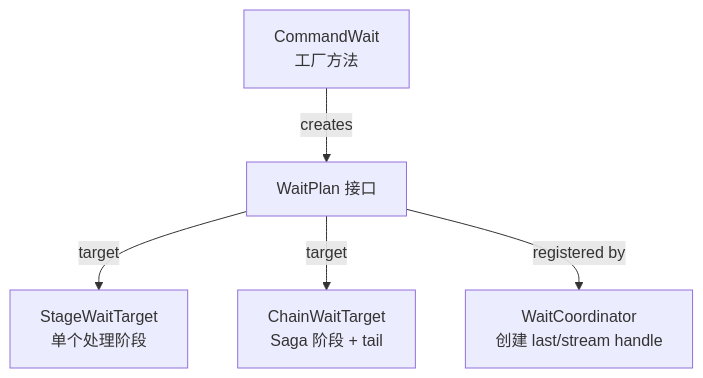
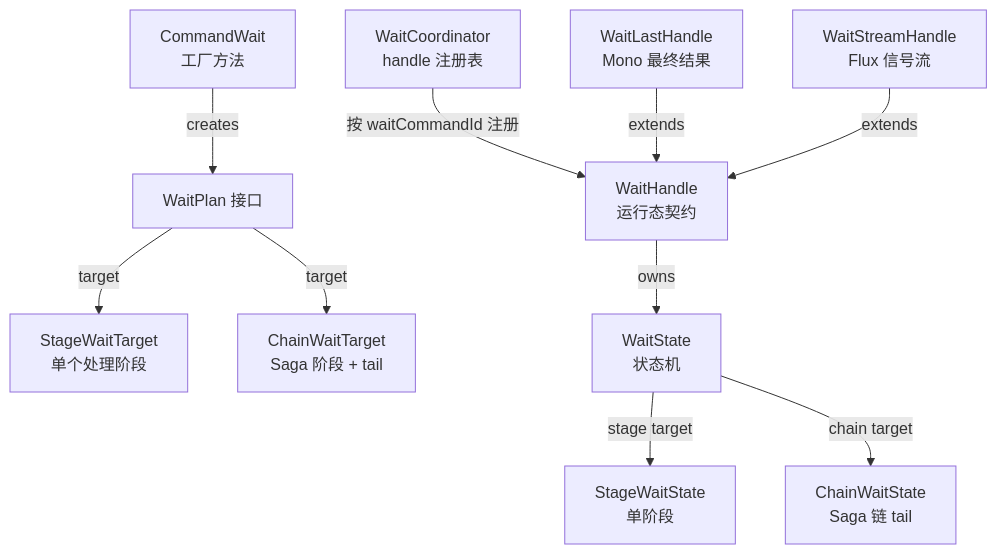
Before and after one commit to Ahoo-Wang/Wow: the third of 3 diagrams in documentation/docs/zh/guide/command-gateway.md, drawn with Mermaid. The commit also changed other lines of this file and 11 other files, not shown here.

Commit message:
docs(core): update wait handle architecture docs

````diff
--- a/documentation/docs/zh/guide/command-gateway.md
+++ b/documentation/docs/zh/guide/command-gateway.md
@@ -614,14 +614,25 @@
 ```mermaid
 graph TB
     WS[WaitPlan 接口]
     SWT[StageWaitTarget<br>单个处理阶段]
     CWT[ChainWaitTarget<br>Saga 阶段 + tail]
     CW[CommandWait<br>工厂方法]
-    HC[WaitCoordinator<br>创建 last/stream handle]
+    HC[WaitCoordinator<br>handle 注册表]
+    WH[WaitHandle<br>运行态契约]
+    WL[WaitLastHandle<br>Mono 最终结果]
+    WF[WaitStreamHandle<br>Flux 信号流]
+    ST[WaitState<br>状态机]
+    SWS[StageWaitState<br>单阶段]
+    CWS[ChainWaitState<br>Saga 链 tail]
 
     CW -->|creates| WS
     WS -->|target| SWT
     WS -->|target| CWT
-    WS -->|registered by| HC
+    HC -->|按 waitCommandId 注册| WH
+    WL -->|extends| WH
+    WF -->|extends| WH
+    WH -->|owns| ST
+    ST -->|stage target| SWS
+    ST -->|chain target| CWS
 
 ```
````
